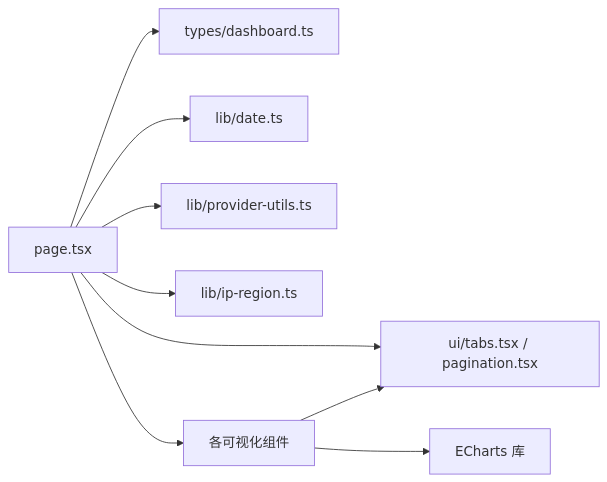
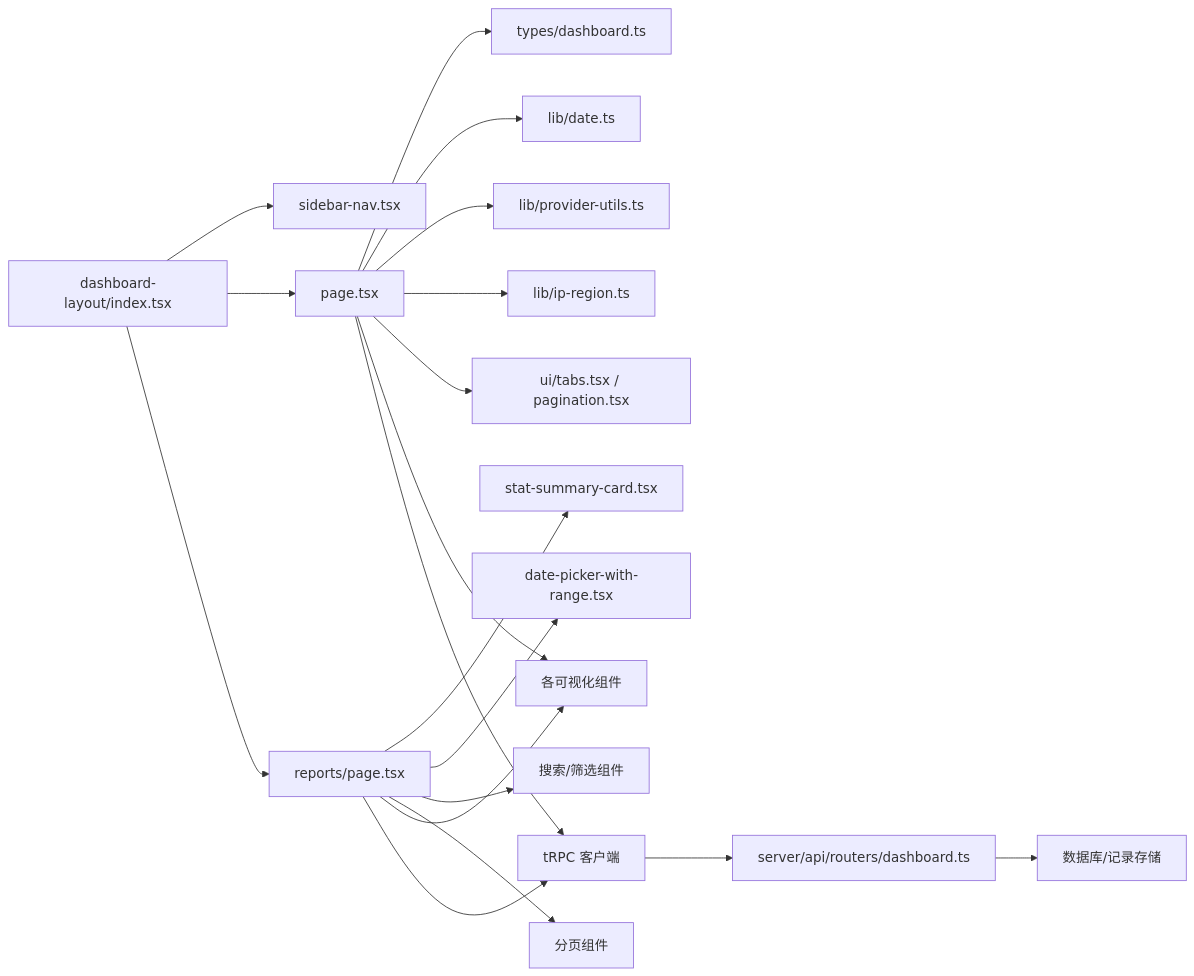
Before and after one commit to RadiumAg/AIGate: diagram 13 of 13 in .qoder/repowiki/zh/content/监控与分析/仪表板组件.md, drawn with Mermaid. The commit also changed other lines of this file and 21 other files, not shown here.

````diff
--- a/.qoder/repowiki/zh/content/监控与分析/仪表板组件.md
+++ b/.qoder/repowiki/zh/content/监控与分析/仪表板组件.md
@@ -327,11 +515,21 @@
 ```mermaid
 graph LR
-Page["page.tsx"] --> Types["types/dashboard.ts"]
+Layout["dashboard-layout/index.tsx"] --> Sidebar["sidebar-nav.tsx"]
+Layout --> Page["page.tsx"]
+Layout --> Reports["reports/page.tsx"]
+Reports --> StatSummary["stat-summary-card.tsx"]
+Reports --> DatePicker["date-picker-with-range.tsx"]
+Reports --> Filters["搜索/筛选组件"]
+Reports --> Pagination["分页组件"]
+Page --> Types["types/dashboard.ts"]
 Page --> LibDate["lib/date.ts"]
 Page --> LibProv["lib/provider-utils.ts"]
 Page --> LibIP["lib/ip-region.ts"]
 Page --> UI["ui/tabs.tsx / pagination.tsx"]
 Page --> Charts["各可视化组件"]
-Charts --> ECharts["ECharts 库"]
-Charts --> UI
+Reports --> Charts
+Reports --> TRPC["tRPC 客户端"]
+Page --> TRPC
+TRPC --> DashboardRouter["server/api/routers/dashboard.ts"]
+DashboardRouter --> DB["数据库/记录存储"]
 ```
````
